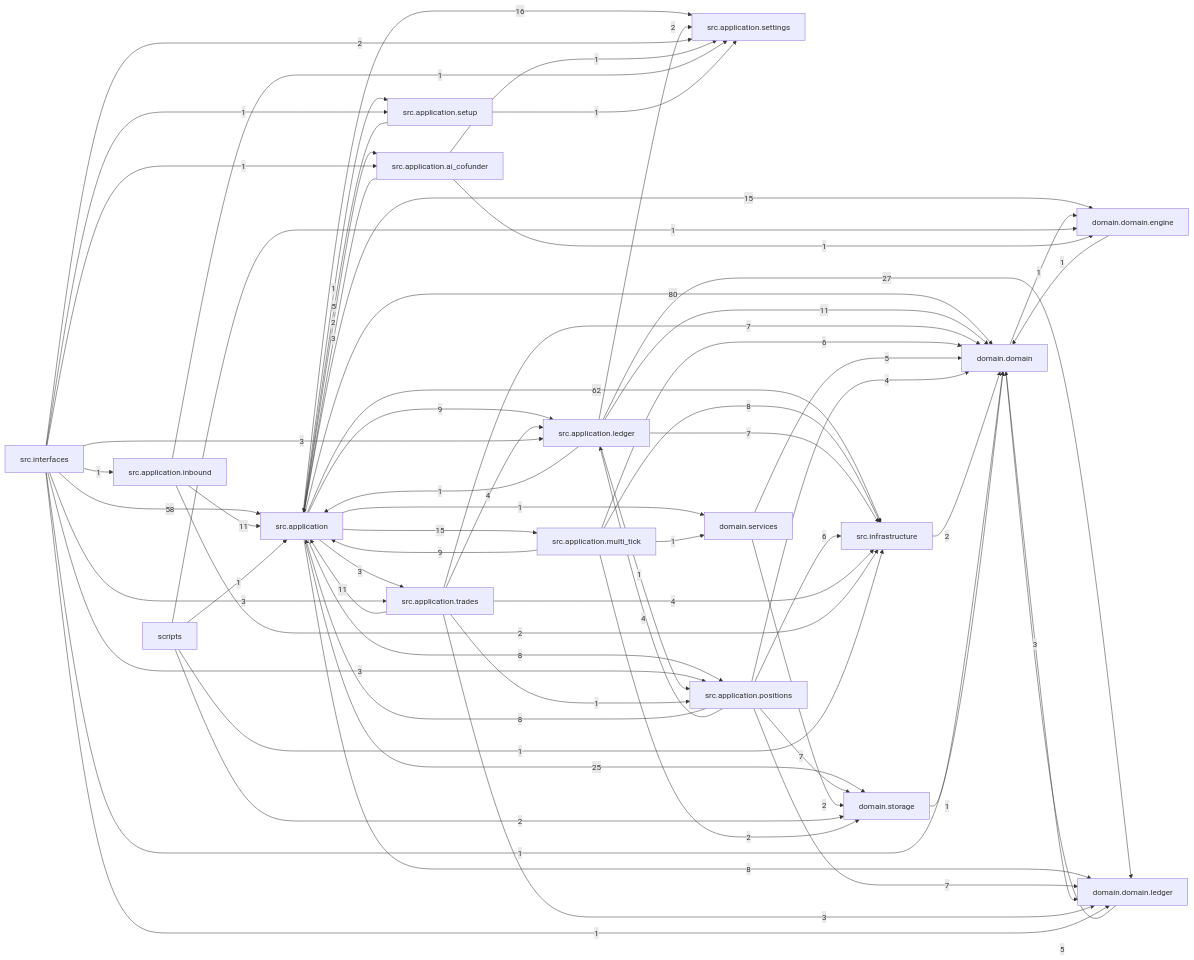
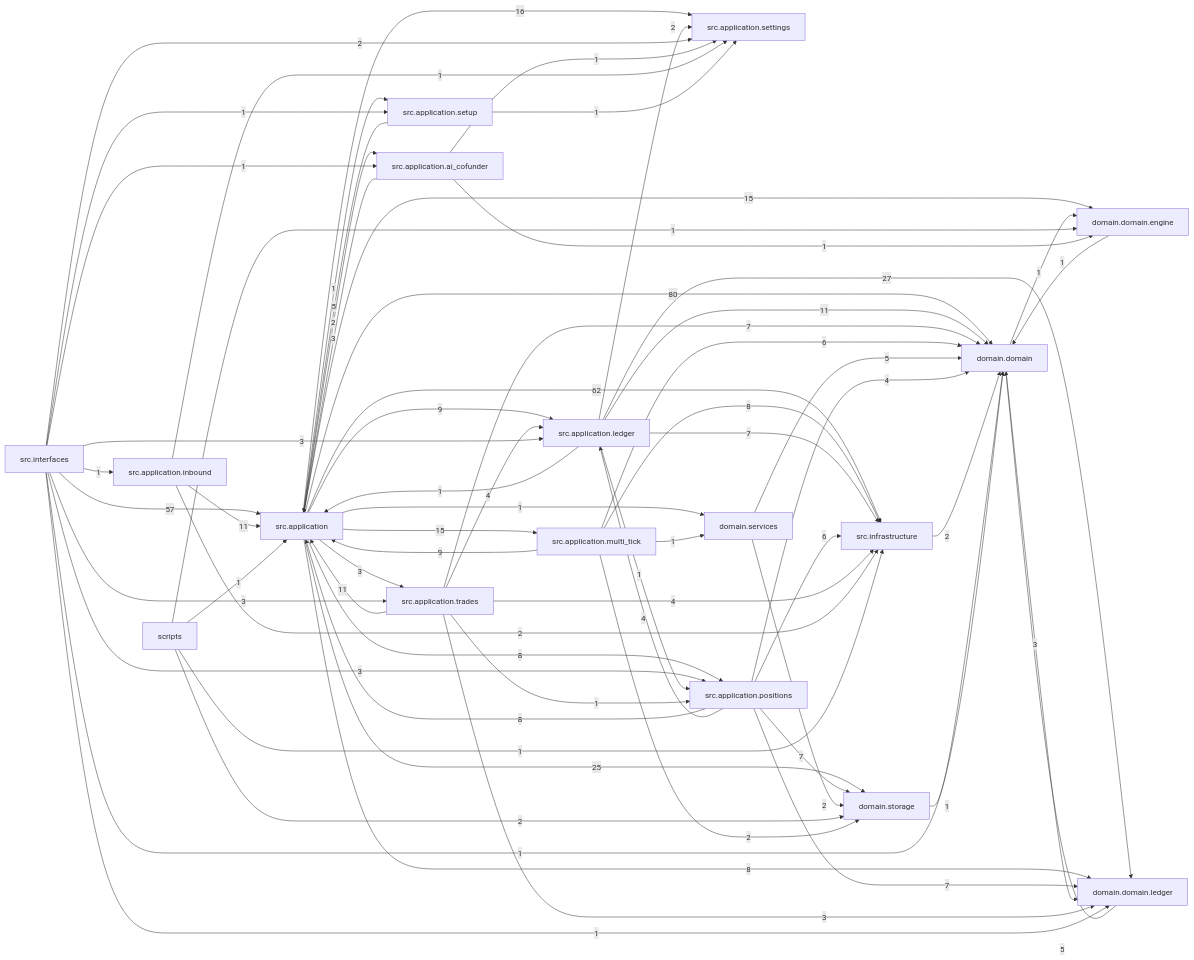
The diagram in docs/dependency_graph.mmd (liuxie066/options-monitor), drawn with Mermaid before and after one commit. The commit also changed 13 other files, not shown here.

```diff
--- a/docs/dependency_graph.mmd
+++ b/docs/dependency_graph.mmd
@@ -1,67 +1,67 @@
 flowchart LR
   src_application["src.application"] -->|80| domain_domain["domain.domain"]
   src_application["src.application"] -->|62| src_infrastructure["src.infrastructure"]
-  src_interfaces["src.interfaces"] -->|58| src_application["src.application"]
+  src_interfaces["src.interfaces"] -->|57| src_application["src.application"]
   src_application_ledger["src.application.ledger"] -->|27| domain_domain_ledger["domain.domain.ledger"]
   src_application["src.application"] -->|25| domain_storage["domain.storage"]
   src_application["src.application"] -->|16| src_application_settings["src.application.settings"]
   src_application["src.application"] -->|15| domain_domain_engine["domain.domain.engine"]
   src_application["src.application"] -->|15| src_application_multi_tick["src.application.multi_tick"]
   src_application_inbound["src.application.inbound"] -->|11| src_application["src.application"]
   src_application_ledger["src.application.ledger"] -->|11| domain_domain["domain.domain"]
   src_application_trades["src.application.trades"] -->|11| src_application["src.application"]
   src_application["src.application"] -->|9| src_application_ledger["src.application.ledger"]
   src_application_multi_tick["src.application.multi_tick"] -->|9| src_application["src.application"]
   src_application["src.application"] -->|8| domain_domain_ledger["domain.domain.ledger"]
   src_application["src.application"] -->|8| src_application_positions["src.application.positions"]
   src_application_multi_tick["src.application.multi_tick"] -->|8| src_infrastructure["src.infrastructure"]
   src_application_positions["src.application.positions"] -->|8| src_application["src.application"]
   src_application_ledger["src.application.ledger"] -->|7| src_infrastructure["src.infrastructure"]
   src_application_positions["src.application.positions"] -->|7| domain_domain_ledger["domain.domain.ledger"]
   src_application_positions["src.application.positions"] -->|7| domain_storage["domain.storage"]
   src_application_trades["src.application.trades"] -->|7| domain_domain["domain.domain"]
   src_application_multi_tick["src.application.multi_tick"] -->|6| domain_domain["domain.domain"]
   src_application_positions["src.application.positions"] -->|6| src_infrastructure["src.infrastructure"]
   domain_domain_ledger["domain.domain.ledger"] -->|5| domain_domain["domain.domain"]
   domain_services["domain.services"] -->|5| domain_domain["domain.domain"]
   src_application_setup["src.application.setup"] -->|5| src_application["src.application"]
   src_application_positions["src.application.positions"] -->|4| domain_domain["domain.domain"]
   src_application_positions["src.application.positions"] -->|4| src_application_ledger["src.application.ledger"]
   src_application_trades["src.application.trades"] -->|4| src_application_ledger["src.application.ledger"]
   src_application_trades["src.application.trades"] -->|4| src_infrastructure["src.infrastructure"]
   domain_domain["domain.domain"] -->|3| domain_domain_ledger["domain.domain.ledger"]
   src_application["src.application"] -->|3| src_application_trades["src.application.trades"]
   src_application_ai_cofunder["src.application.ai_cofunder"] -->|3| src_application["src.application"]
   src_application_trades["src.application.trades"] -->|3| domain_domain_ledger["domain.domain.ledger"]
   src_interfaces["src.interfaces"] -->|3| src_application_ledger["src.application.ledger"]
   src_interfaces["src.interfaces"] -->|3| src_application_positions["src.application.positions"]
   src_interfaces["src.interfaces"] -->|3| src_application_trades["src.application.trades"]
   domain_services["domain.services"] -->|2| domain_storage["domain.storage"]
   scripts["scripts"] -->|2| domain_storage["domain.storage"]
   src_application["src.application"] -->|2| src_application_ai_cofunder["src.application.ai_cofunder"]
   src_application_inbound["src.application.inbound"] -->|2| src_infrastructure["src.infrastructure"]
   src_application_ledger["src.application.ledger"] -->|2| src_application_settings["src.application.settings"]
   src_application_multi_tick["src.application.multi_tick"] -->|2| domain_storage["domain.storage"]
   src_infrastructure["src.infrastructure"] -->|2| domain_domain["domain.domain"]
   src_interfaces["src.interfaces"] -->|2| src_application_settings["src.application.settings"]
   domain_domain["domain.domain"] -->|1| domain_domain_engine["domain.domain.engine"]
   domain_domain_engine["domain.domain.engine"] -->|1| domain_domain["domain.domain"]
   domain_storage["domain.storage"] -->|1| domain_domain["domain.domain"]
   scripts["scripts"] -->|1| domain_domain_engine["domain.domain.engine"]
   scripts["scripts"] -->|1| src_application["src.application"]
   scripts["scripts"] -->|1| src_infrastructure["src.infrastructure"]
   src_application["src.application"] -->|1| domain_services["domain.services"]
   src_application["src.application"] -->|1| src_application_setup["src.application.setup"]
   src_application_ai_cofunder["src.application.ai_cofunder"] -->|1| domain_domain_engine["domain.domain.engine"]
   src_application_ai_cofunder["src.application.ai_cofunder"] -->|1| src_application_settings["src.application.settings"]
   src_application_inbound["src.application.inbound"] -->|1| src_application_settings["src.application.settings"]
   src_application_ledger["src.application.ledger"] -->|1| src_application["src.application"]
   src_application_ledger["src.application.ledger"] -->|1| src_application_positions["src.application.positions"]
   src_application_multi_tick["src.application.multi_tick"] -->|1| domain_services["domain.services"]
   src_application_setup["src.application.setup"] -->|1| src_application_settings["src.application.settings"]
   src_application_trades["src.application.trades"] -->|1| src_application_positions["src.application.positions"]
   src_interfaces["src.interfaces"] -->|1| domain_domain["domain.domain"]
   src_interfaces["src.interfaces"] -->|1| domain_domain_ledger["domain.domain.ledger"]
   src_interfaces["src.interfaces"] -->|1| src_application_ai_cofunder["src.application.ai_cofunder"]
   src_interfaces["src.interfaces"] -->|1| src_application_inbound["src.application.inbound"]
   src_interfaces["src.interfaces"] -->|1| src_application_setup["src.application.setup"]
```
